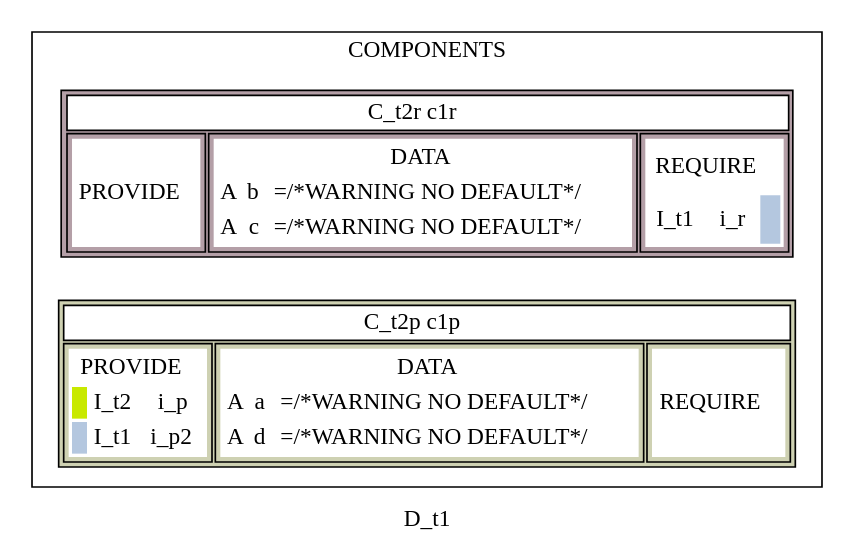
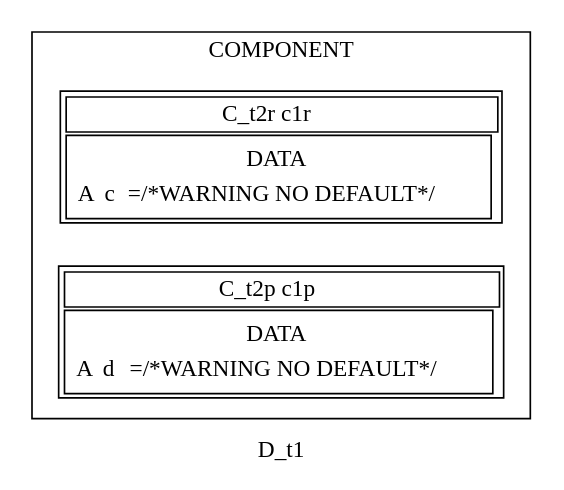
Before and after one commit to ArthurMargerit/Compo: the diagram in test2/doc/graph/D_t1.dot, drawn with Graphviz. The commit also changed 75 other files, not shown here.

```diff
--- a/test2/doc/graph/D_t1.dot
+++ b/test2/doc/graph/D_t1.dot
@@ -1,192 +1,96 @@
 digraph{
 
     label="D_t1"
 
     node [shape=plaintext];
 
     subgraph clusterCOMPONENT {
-        label="COMPONENTS";
+        label="COMPONENT";
+
+
+c1r [label=< <table>
+  <tr>
+  <td colspan="3" HREF="https://www.lapin.fr/C_t2r">C_t2r c1r </td>
+  </tr>
+  <tr>
+  
+      
+    <td>
+    <table BORDER="0">
+        <tr>
+          <td colspan="3">DATA</td>
+        </tr>
+
+        
+        <tr>
+        <td HREF="https://www.lapin.fr/A">A</td>
+        <td>c</td>
+        <td>=/*WARNING NO DEFAULT*/</td>
+        </tr>
         
 
-
-
-c1r [label=< <table bgcolor="#b49fa7">
-  <tr>
-  <td bgcolor="white" colspan="3" HREF="https://www.lapin.fr/C_t2r">C_t2r c1r </td>
-  </tr>
-
-  <tr>
-  <td>
-  <table bgcolor="white" BORDER="0">
-         <tr><td colspan="3">PROVIDE</td></tr>
-         
-
-
-
-
-
-
-
-
-     </table>
-  </td>
-
-  <td>
-  <table bgcolor="white" BORDER="0">
-         <tr><td colspan="3">DATA</td></tr>
-         
-
-
-
-
-<tr>
-    <td HREF="https://www.lapin.fr/A">A</td>
-    <td>b</td>
-    <td>=/*WARNING NO DEFAULT*/</td>
-</tr>
-
-
-
-
-
-<tr>
-    <td HREF="https://www.lapin.fr/A">A</td>
-    <td>c</td>
-    <td>=/*WARNING NO DEFAULT*/</td>
-</tr>
-
       </table>
-  </td>
-
-  <td>
-  <table bgcolor="white" BORDER="0">
-        <tr><td colspan="3">REQUIRE</td></tr>
-        
-
-
-
-
-<tr>
-    <td HREF="https://www.lapin.fr/I_t1">I_t1</td>
-    <td>i_r</td>
-    <td bgcolor="#b4c7df" PORT="i_r"> </td>
-</tr>
-
-
-
-
-
-     </table>
-  </td>
+      </td>
+      
+      
   </tr>
 
 </table> >];
 
 
 
-c1p [label=< <table bgcolor="#ced1b2">
+c1p [label=< <table>
   <tr>
-  <td bgcolor="white" colspan="3" HREF="https://www.lapin.fr/C_t2p">C_t2p c1p </td>
+  <td colspan="3" HREF="https://www.lapin.fr/C_t2p">C_t2p c1p </td>
   </tr>
+  <tr>
+  
+      
+    <td>
+    <table BORDER="0">
+        <tr>
+          <td colspan="3">DATA</td>
+        </tr>
 
-  <tr>
-  <td>
-  <table bgcolor="white" BORDER="0">
-         <tr><td colspan="3">PROVIDE</td></tr>
-         
-
-
-
-
-<tr>
-    <td bgcolor="#c8e900" PORT="i_p"> </td>
-    <td HREF="https://www.lapin.fr/I_t2">I_t2</td>
-    <td>i_p</td>
-</tr>
-
-<tr>
-    <td bgcolor="#b4c7df" PORT="i_p2"> </td>
-    <td HREF="https://www.lapin.fr/I_t1">I_t1</td>
-    <td>i_p2</td>
-</tr>
-
-
-
-
-
-     </table>
-  </td>
-
-  <td>
-  <table bgcolor="white" BORDER="0">
-         <tr><td colspan="3">DATA</td></tr>
-         
-
-
-
-
-<tr>
-    <td HREF="https://www.lapin.fr/A">A</td>
-    <td>a</td>
-    <td>=/*WARNING NO DEFAULT*/</td>
-</tr>
-
-
-
-
-
-<tr>
-    <td HREF="https://www.lapin.fr/A">A</td>
-    <td>d</td>
-    <td>=/*WARNING NO DEFAULT*/</td>
-</tr>
+        
+        <tr>
+        <td HREF="https://www.lapin.fr/A">A</td>
+        <td>d</td>
+        <td>=/*WARNING NO DEFAULT*/</td>
+        </tr>
+        
 
       </table>
-  </td>
-
-  <td>
-  <table bgcolor="white" BORDER="0">
-        <tr><td colspan="3">REQUIRE</td></tr>
-        
-
-
-
-
-
-
-
-
-     </table>
-  </td>
+      </td>
+      
+      
   </tr>
 
 </table> >];
-
-
-
-        
-
 
 
 }
 
 rankdir=LR;
 
-subgraph clusterin {
-    label="LINKS IN";
-    
 
 
+subgraph clusterin {
+    label="LINK IN";
+    
 }
 
 subgraph clusterout {
-    label="LINKS OUT";
+    label="LINK OUT";
     
+}
 
-
+subgraph clusterdirect {
+    label="LINK DIRECT";
+    
 }
 
 
 
 
 }
```
